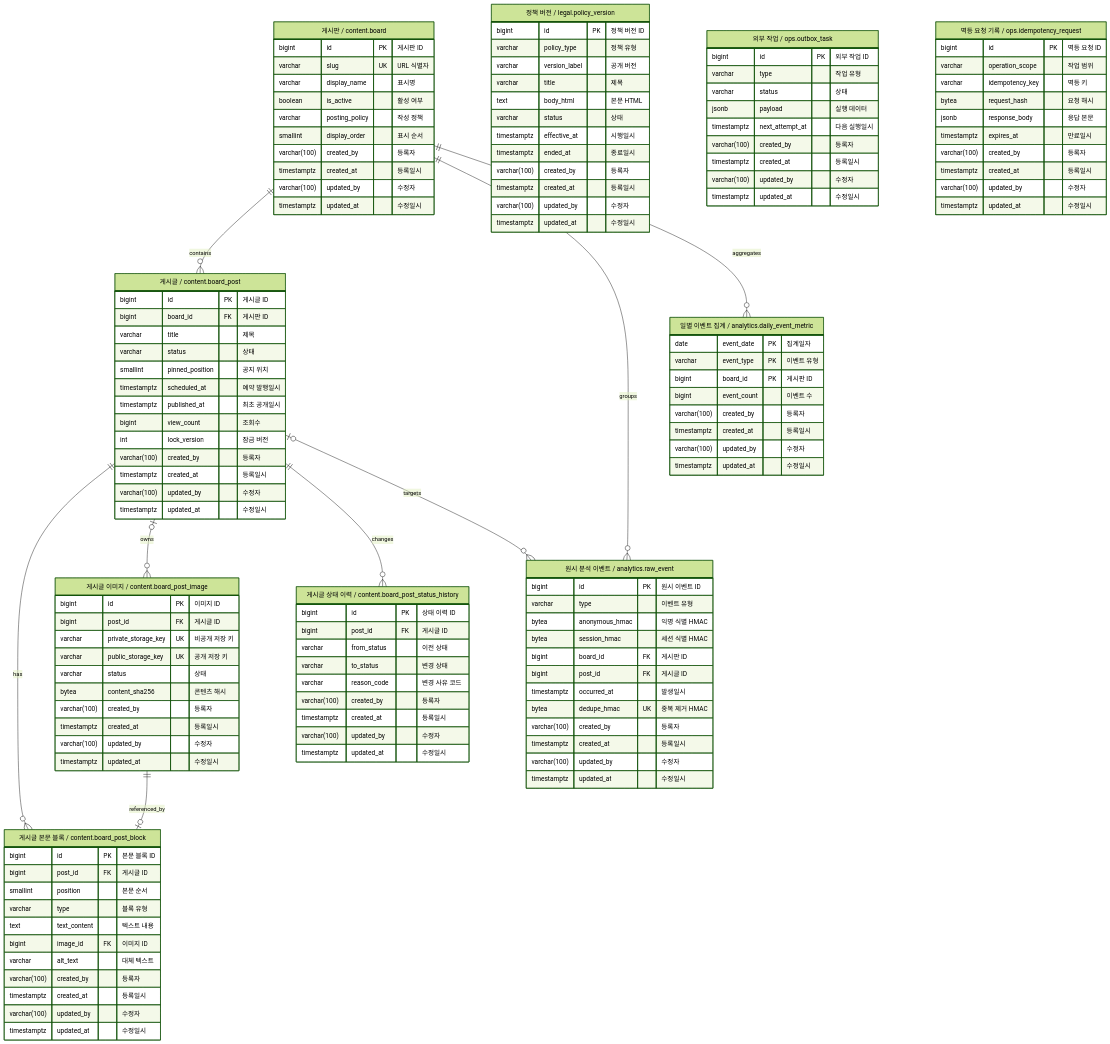
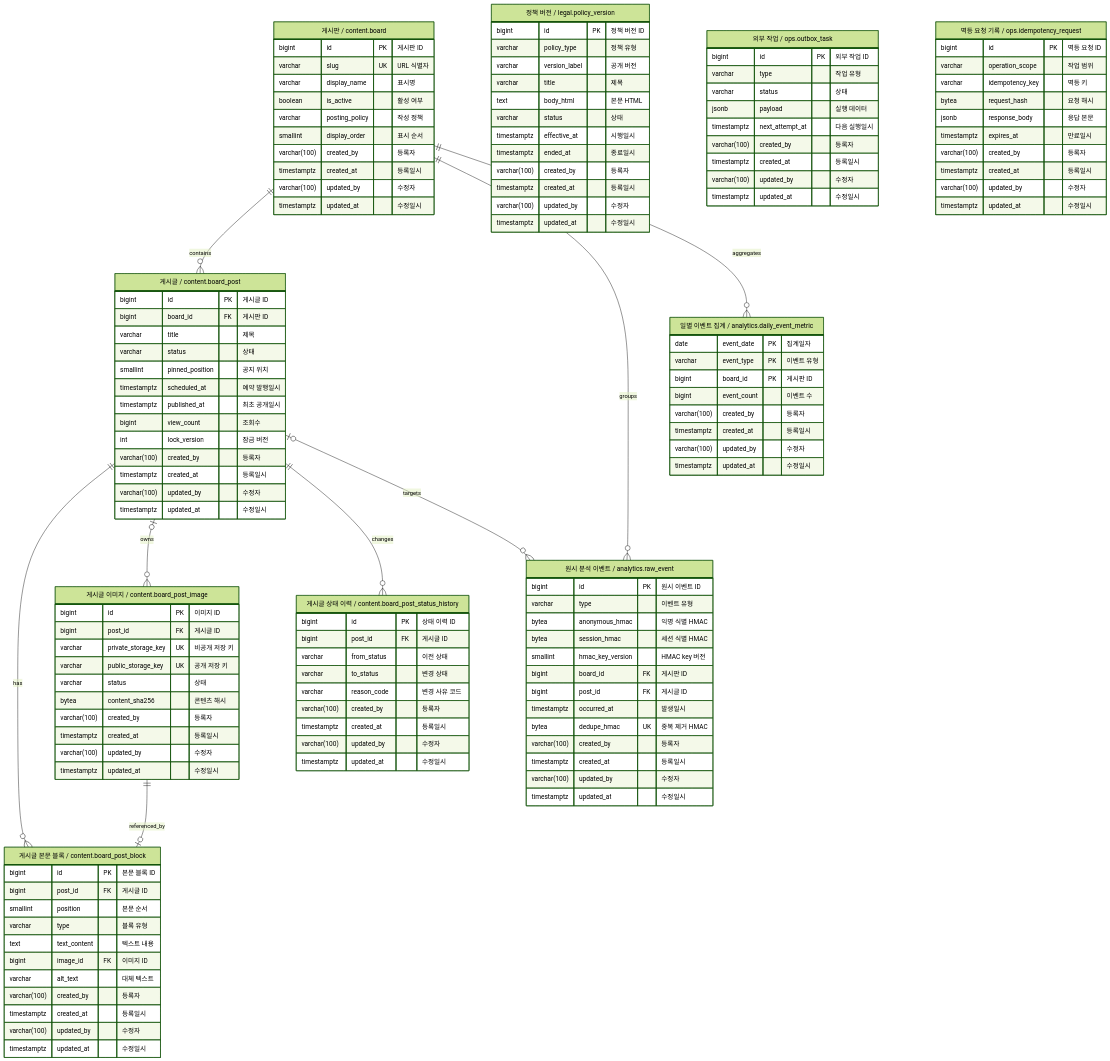
Before and after one commit to JeahaOh/blariyo: the diagram in docs/system-design/02-data-model.md, drawn with Mermaid (forest theme). The commit also changed other lines of this file and 7 other files, not shown here.

```diff
--- a/docs/system-design/02-data-model.md
+++ b/docs/system-design/02-data-model.md
@@ -147,6 +147,7 @@
     varchar type "이벤트 유형"
     bytea anonymous_hmac "익명 식별 HMAC"
     bytea session_hmac "세션 식별 HMAC"
+    smallint hmac_key_version "HMAC key 버전"
     bigint board_id FK "게시판 ID"
     bigint post_id FK "게시글 ID"
     timestamptz occurred_at "발생일시"
```
